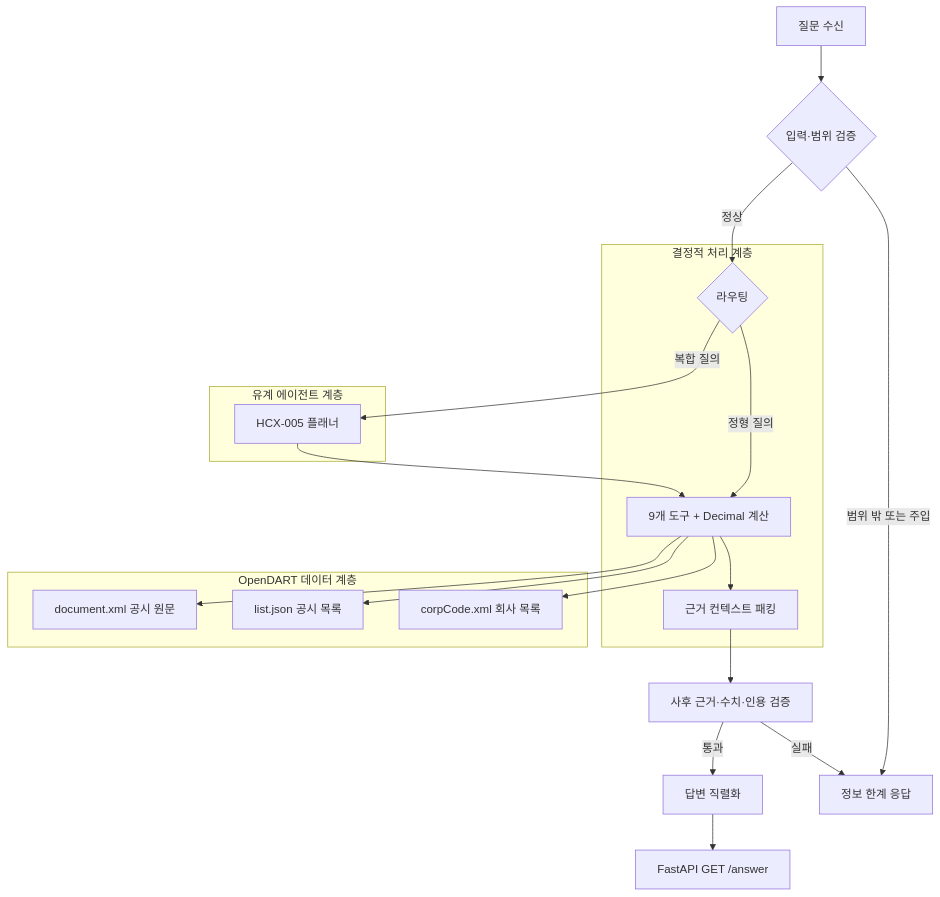
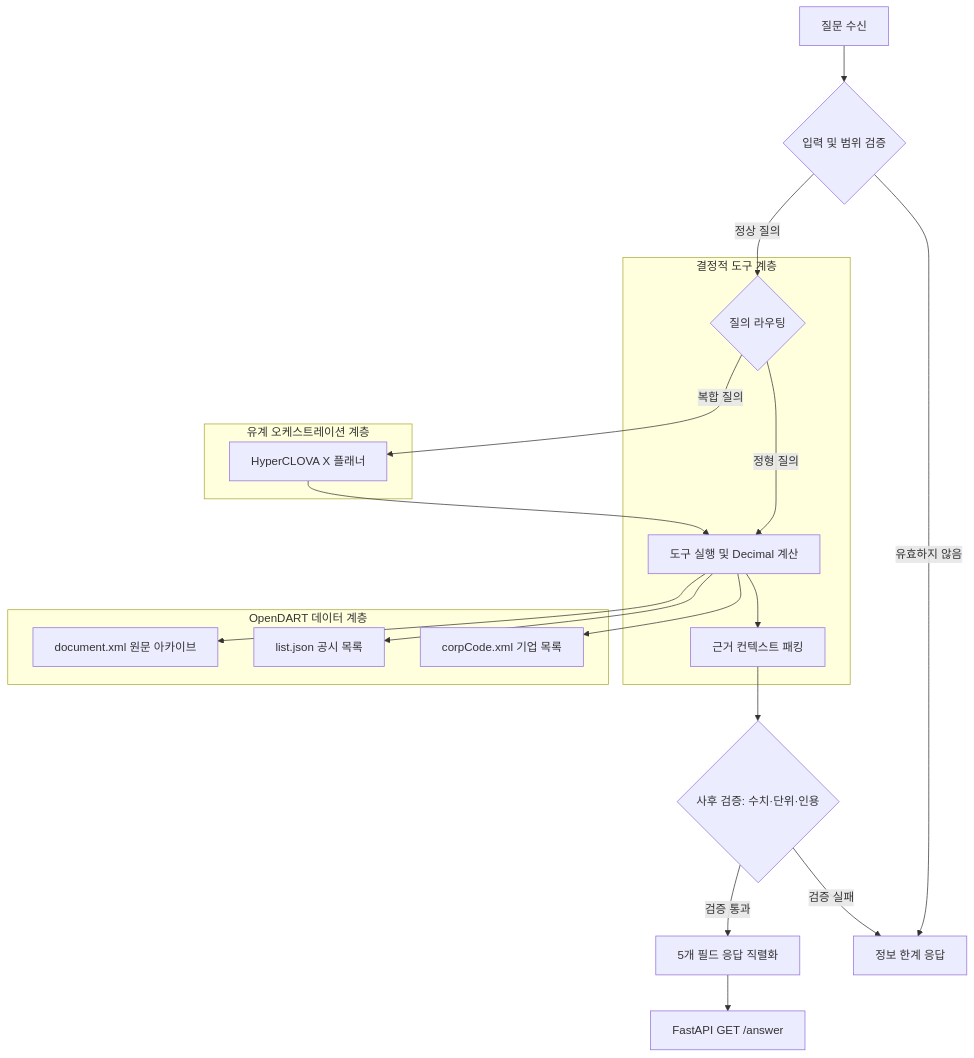
Before and after one commit to todayoneul/HCX05-disclosure-agent: the diagram in README.md, drawn with Mermaid. The commit also changed other lines of this file and 10 other files, not shown here.

First line of the commit message:
feat(opendart): implement P0 stability fixes and architecture overview README

````diff
--- a/README.md
+++ b/README.md
@@ -88,30 +9,31 @@
 ```mermaid
 flowchart TB
-    Q[질문 수신] --> S{입력·범위 검증}
-    S -- 범위 밖 또는 주입 --> X[정보 한계 응답]
-    S -- 정상 --> R{라우팅}
+    Q[질문 수신] --> VAL{입력 및 범위 검증}
+    VAL -- 유효하지 않음 --> LIM[정보 한계 응답]
+    VAL -- 정상 질의 --> ROUTE{질의 라우팅}
 
-    subgraph Deterministic[결정적 처리 계층]
-        R -- 정형 질의 --> D[9개 도구 + Decimal 계산]
-        D --> C[근거 컨텍스트 패킹]
+    subgraph Deterministic[결정적 도구 계층]
+        ROUTE -- 정형 질의 --> D_TOOLS[도구 실행 및 Decimal 계산]
+        D_TOOLS --> PACK[근거 컨텍스트 패킹]
     end
 
-    subgraph Agentic[유계 에이전트 계층]
-        R -- 복합 질의 --> P[HCX-005 플래너]
-        P --> D
+    subgraph Agentic[유계 오케스트레이션 계층]
+        ROUTE -- 복합 질의 --> HCX[HyperCLOVA X 플래너]
+        HCX --> D_TOOLS
     end
 
-    subgraph Data[OpenDART 데이터 계층]
-        CAT[corpCode.xml 회사 목록]
+    subgraph DataLayer[OpenDART 데이터 계층]
+        CORP[corpCode.xml 기업 목록]
         LIST[list.json 공시 목록]
-        DOC[document.xml 공시 원문]
+        DOC[document.xml 원문 아카이브]
     end
 
-    D --> CAT
-    D --> LIST
-    D --> DOC
-    C --> V[사후 근거·수치·인용 검증]
-    V -- 실패 --> X
-    V -- 통과 --> A[답변 직렬화]
-    A --> API[FastAPI GET /answer]
+    D_TOOLS --> CORP
+    D_TOOLS --> LIST
+    D_TOOLS --> DOC
+
+    PACK --> VERIFY{사후 검증: 수치·단위·인용}
+    VERIFY -- 검증 실패 --> LIM
+    VERIFY -- 검증 통과 --> SER[5개 필드 응답 직렬화]
+    SER --> API[FastAPI GET /answer]
 ```
````
